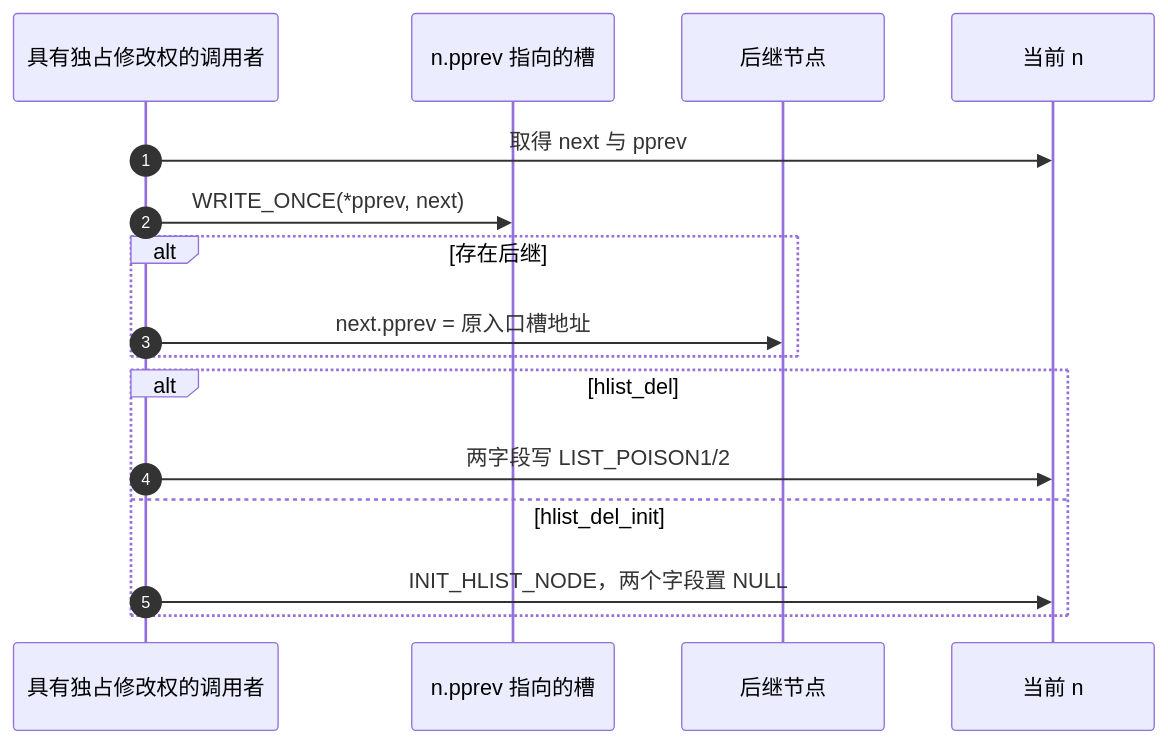
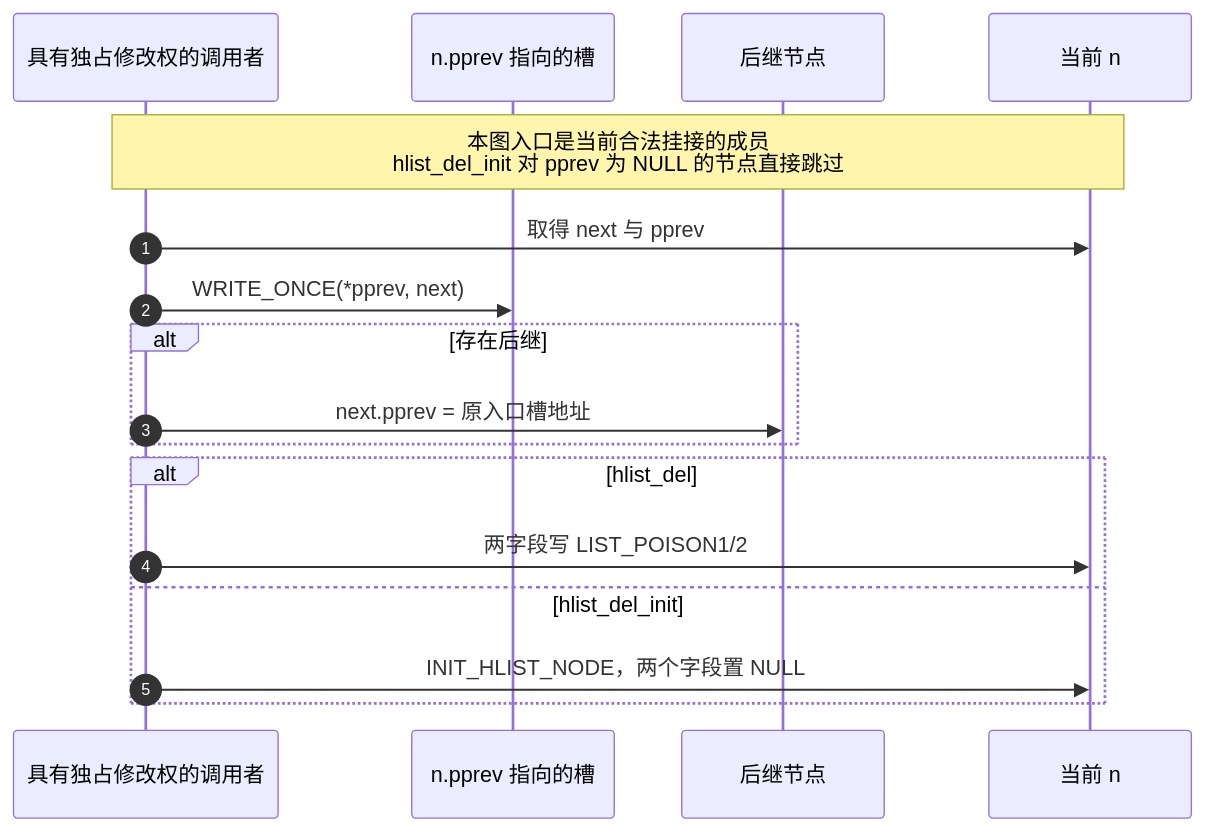
The first of 2 diagrams in research/source_reading/hash_table/source_explanations/include/linux/list.h.md (FormingSystem/linux_note), drawn with Mermaid before and after one commit. The commit also changed other lines of this file and 9 other files, not shown here.

````diff
--- a/research/source_reading/hash_table/source_explanations/include/linux/list.h.md
+++ b/research/source_reading/hash_table/source_explanations/include/linux/list.h.md
@@ -126,18 +128,19 @@
 ```mermaid
 sequenceDiagram
     autonumber
     participant caller as 具有独占修改权的调用者
     participant slot as n.pprev 指向的槽
     participant next as 后继节点
     participant node as 当前 n
+    Note over caller,node: 本图入口是当前合法挂接的成员<br/>hlist_del_init 对 pprev 为 NULL 的节点直接跳过
     caller->>node: 取得 next 与 pprev
     caller->>slot: WRITE_ONCE(*pprev, next)
     alt 存在后继
         caller->>next: next.pprev = 原入口槽地址
     end
     alt hlist_del
         caller->>node: 两字段写 LIST_POISON1/2
     else hlist_del_init
         caller->>node: INIT_HLIST_NODE，两个字段置 NULL
     end
 ```
````
